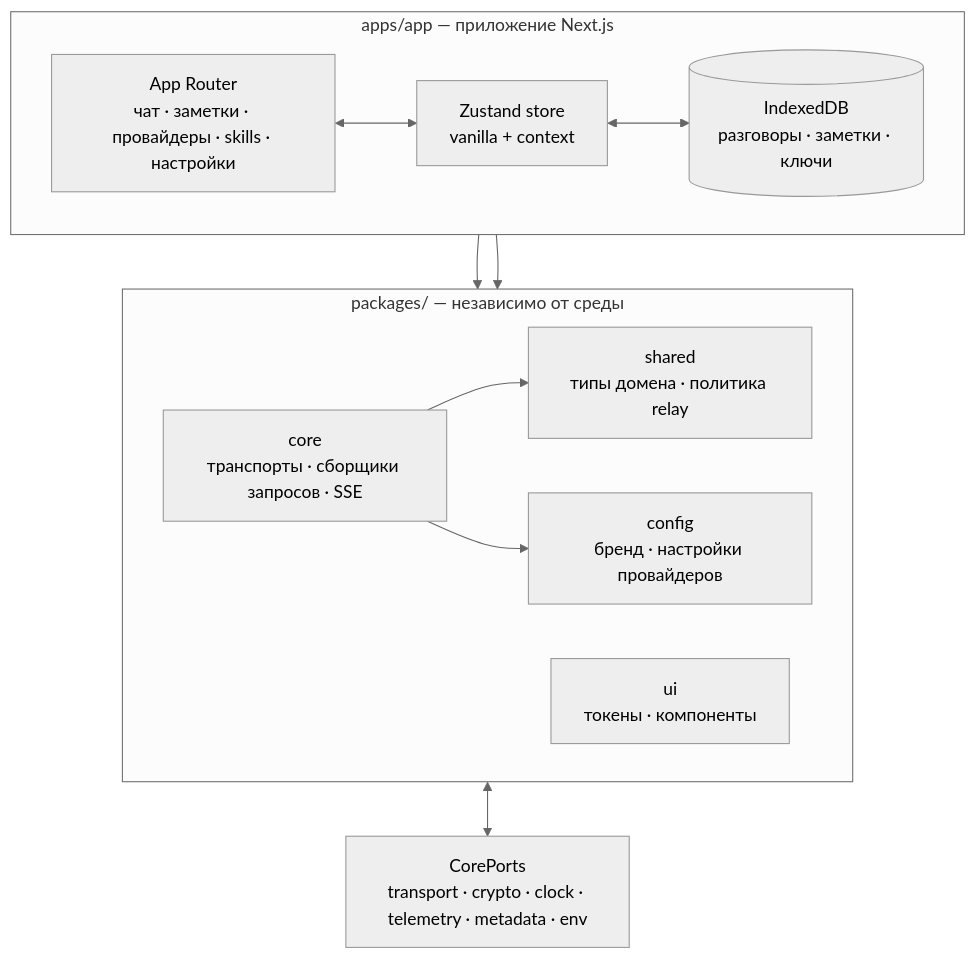
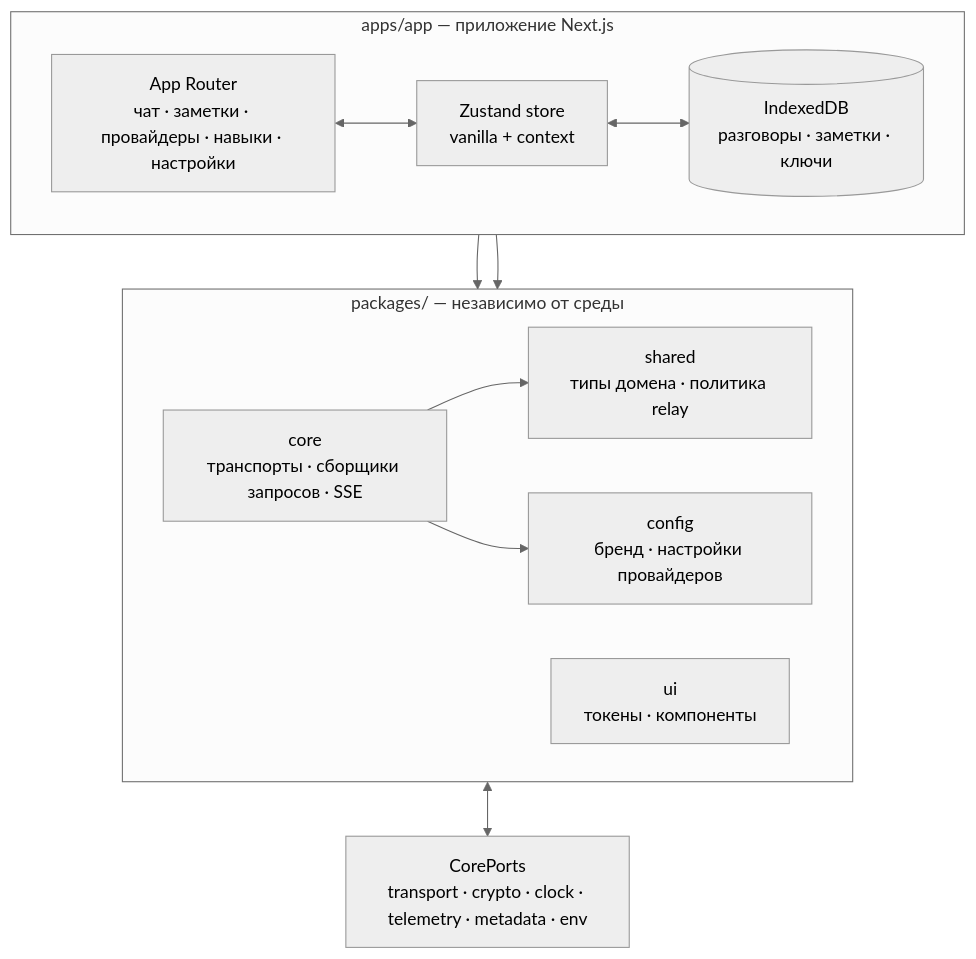
One commit to oriveo/oriveo changed the second of 2 diagrams in readme_i18n/ru/web.md. Above: the diagram before and after it, drawn with Mermaid (neutral theme). The commit also changed other lines of this file and 89 other files, not shown here.

````diff
--- a/readme_i18n/ru/web.md
+++ b/readme_i18n/ru/web.md
@@ -120,25 +120,25 @@
 ```mermaid
 flowchart TB
     subgraph app ["apps/app — приложение Next.js"]
         direction LR
-        routes["App Router<br/>чат · заметки · провайдеры · skills · настройки"]
+        routes["App Router<br/>чат · заметки · провайдеры · навыки · настройки"]
         store["Zustand store<br/>vanilla + context"]
         idb[("IndexedDB<br/>разговоры · заметки · ключи")]
     end
 
     subgraph pkgs ["packages/ — независимо от среды"]
         direction LR
         core["core<br/>транспорты · сборщики запросов · SSE"]
         shared["shared<br/>типы домена · политика relay"]
         ui["ui<br/>токены · компоненты"]
         config["config<br/>бренд · настройки провайдеров"]
     end
 
     ports["CorePorts<br/>transport · crypto · clock · telemetry · metadata · env"]
 
     routes <--> store <--> idb
     store --> core
     core --> shared & config
     routes --> ui
     core <--> ports
 ```
````
